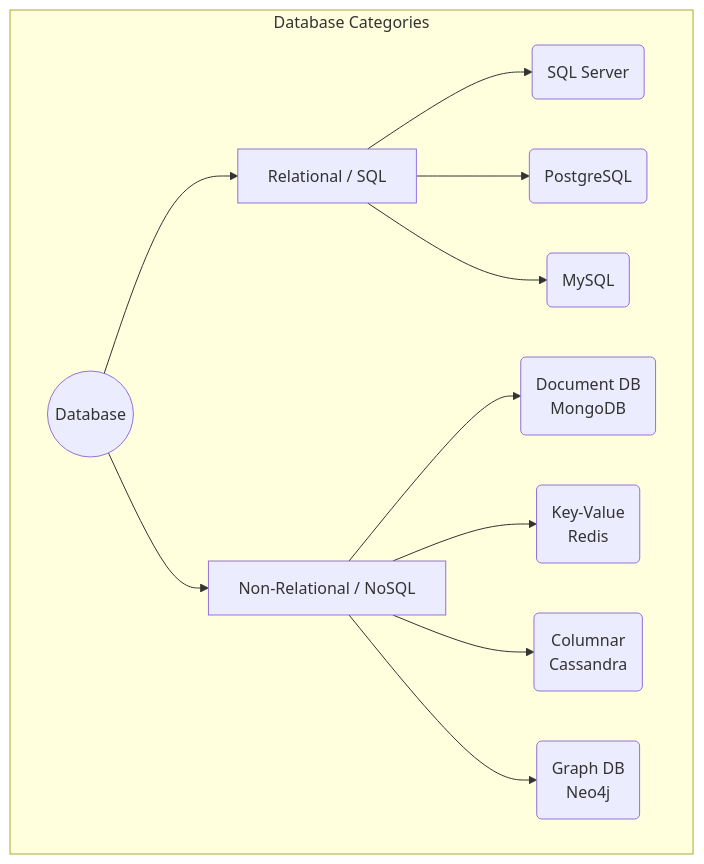
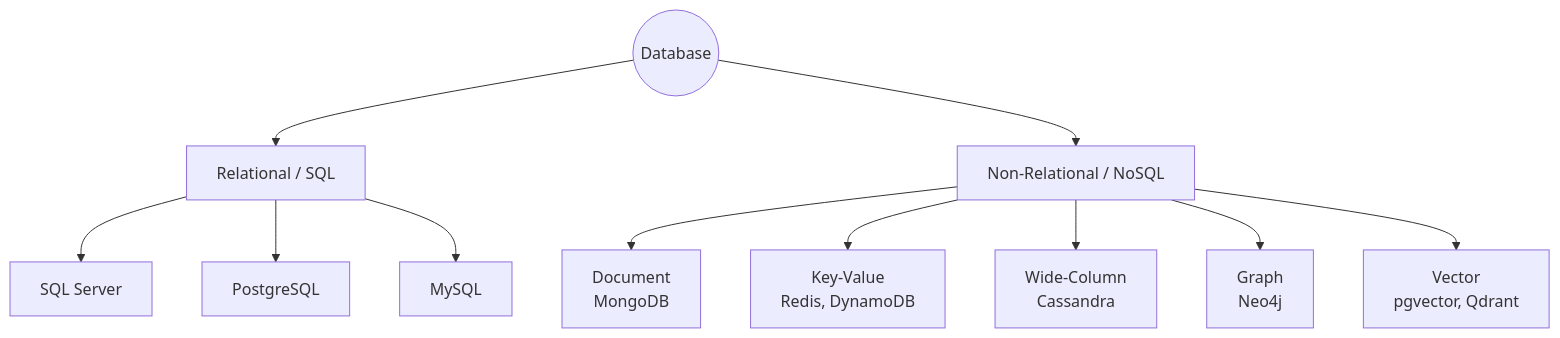
Before and after one commit to sajidur/Book: the third of 7 diagrams in manuscript/part-2-data/ch04-database-design-fundamentals.md, drawn with Mermaid. The commit also changed other lines of this file and 144 other files, not shown here.

````diff
--- a/manuscript/part-2-data/ch04-database-design-fundamentals.md
+++ b/manuscript/part-2-data/ch04-database-design-fundamentals.md
@@ -50,16 +130,14 @@
 ```mermaid
-graph TD
-    subgraph Database Categories
-        DB((Database)) --> SQL[Relational / SQL]
-        DB --> NoSQL[Non-Relational / NoSQL]
-        
-        SQL --> MSSQL(SQL Server)
-        SQL --> PG(PostgreSQL)
-        SQL --> MY(MySQL)
-        
-        NoSQL --> Doc(Document DB<br/>MongoDB)
-        NoSQL --> KV(Key-Value<br/>Redis)
-        NoSQL --> Col(Columnar<br/>Cassandra)
-        NoSQL --> Graph(Graph DB<br/>Neo4j)
-    end
+%% caption: Database-এর প্রধান শ্রেণী ও পরিচিত উদাহরণ
+flowchart TD
+    DB(("Database")):::svc --> SQL["Relational / SQL"]:::db
+    DB --> NoSQL["Non-Relational / NoSQL"]:::cache
+    SQL --> MSSQL["SQL Server"]:::db
+    SQL --> PG["PostgreSQL"]:::db
+    SQL --> MY["MySQL"]:::db
+    NoSQL --> Doc["Document<br/>MongoDB"]:::cache
+    NoSQL --> KV["Key-Value<br/>Redis, DynamoDB"]:::cache
+    NoSQL --> Col["Wide-Column<br/>Cassandra"]:::cache
+    NoSQL --> Graph["Graph<br/>Neo4j"]:::cache
+    NoSQL --> Vec["Vector<br/>pgvector, Qdrant"]:::ai
 ```
````
